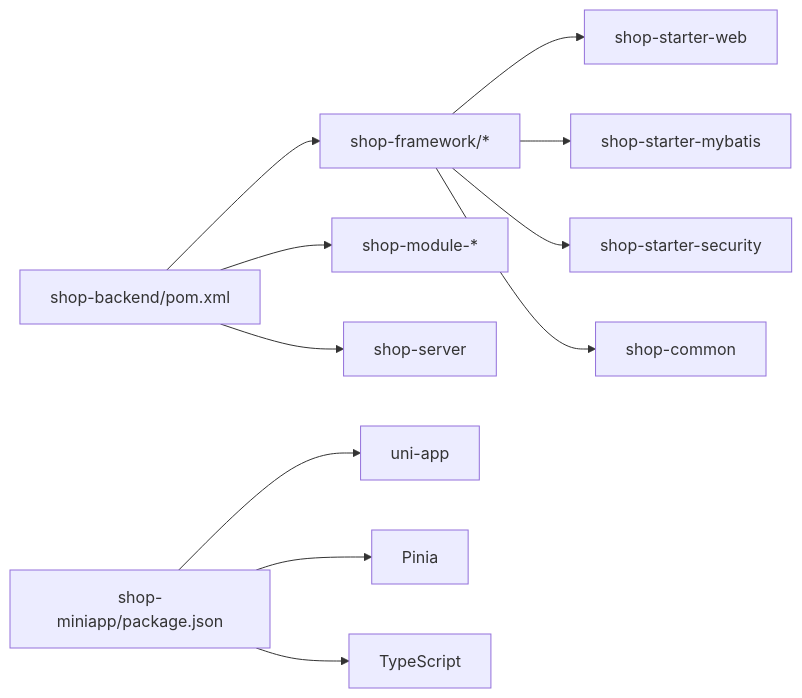
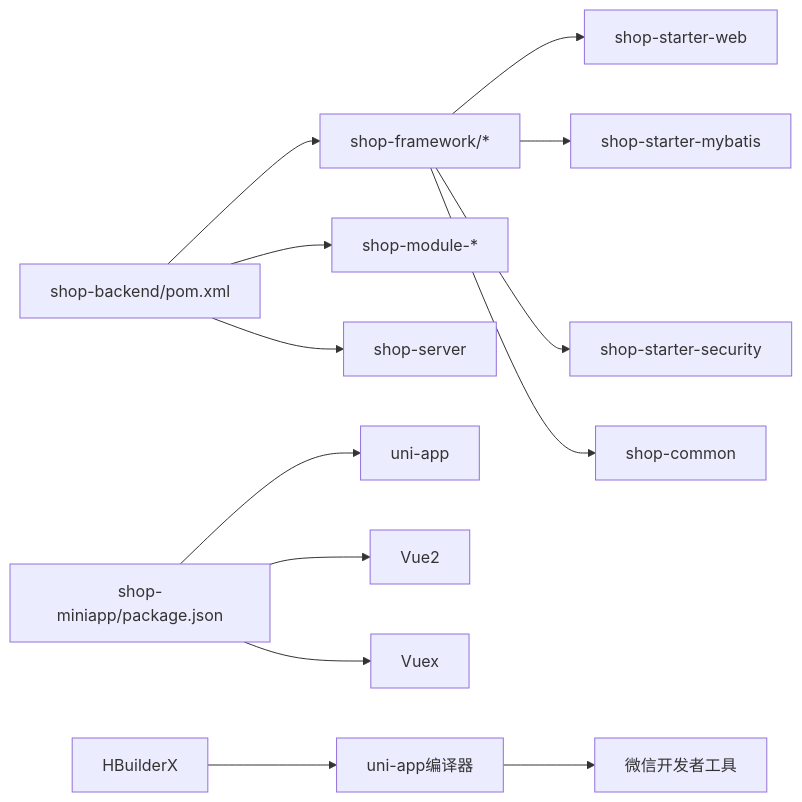
Before and after one commit to QtImM/wechatMiniprogram_Store: diagram 12 of 12 in .qoder/repowiki/zh/content/开发指南/开发指南.md, drawn with Mermaid. The commit also changed other lines of this file and 109 other files, not shown here.

````diff
--- a/.qoder/repowiki/zh/content/开发指南/开发指南.md
+++ b/.qoder/repowiki/zh/content/开发指南/开发指南.md
@@ -267,13 +381,15 @@
 ```mermaid
 graph LR
 ROOT["shop-backend/pom.xml"] --> FW["shop-framework/*"]
 ROOT --> MOD["shop-module-*"]
 ROOT --> SRV["shop-server"]
 FW --> WEB["shop-starter-web"]
 FW --> MYB["shop-starter-mybatis"]
 FW --> SEC["shop-starter-security"]
 FW --> COM["shop-common"]
 MINI["shop-miniapp/package.json"] --> APP["uni-app"]
-MINI --> PIN["Pinia"]
-MINI --> TS["TypeScript"]
+MINI --> VUE["Vue2"]
+MINI --> VUEX["Vuex"]
+HBX["HBuilderX"] --> UNI["uni-app编译器"]
+UNI --> WX["微信开发者工具"]
 ```
````
